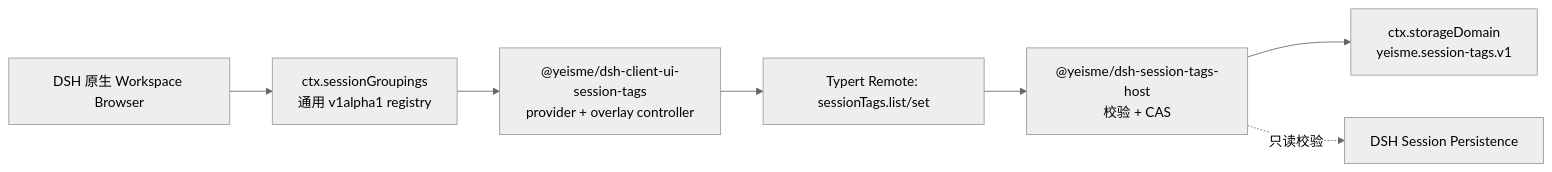
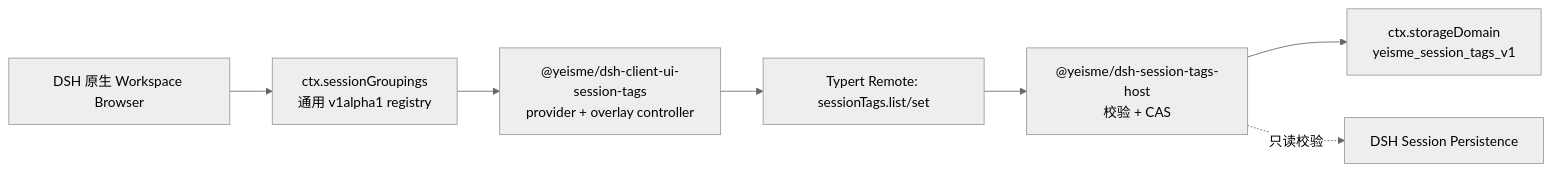
One commit to yeisme/harness-plugins changed the diagram in openspec/changes/dsh-session-tags-grouping-v1/design.md. Above: the diagram before and after it, drawn with Mermaid (neutral theme). The commit also changed other lines of this file and 24 other files, not shown here.

First line of the commit message:
feat(session-tags): integration runner, client remote-contribution, domain name conformance

````diff
--- a/openspec/changes/dsh-session-tags-grouping-v1/design.md
+++ b/openspec/changes/dsh-session-tags-grouping-v1/design.md
@@ -29,9 +29,9 @@
 ```mermaid
 flowchart LR
   UI["DSH 原生 Workspace Browser"] --> REG["ctx.sessionGroupings\n通用 v1alpha1 registry"]
   REG --> CLIENT["@yeisme/dsh-client-ui-session-tags\nprovider + overlay controller"]
   CLIENT --> REMOTE["Typert Remote: sessionTags.list/set"]
   REMOTE --> HOST["@yeisme/dsh-session-tags-host\n校验 + CAS"]
-  HOST --> SIDE["ctx.storageDomain\nyeisme.session-tags.v1"]
+  HOST --> SIDE["ctx.storageDomain\nyeisme_session_tags_v1"]
   HOST -.只读校验.-> SESSION["DSH Session Persistence"]
 ```
````
